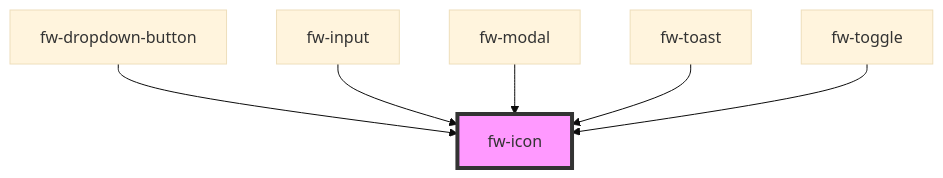
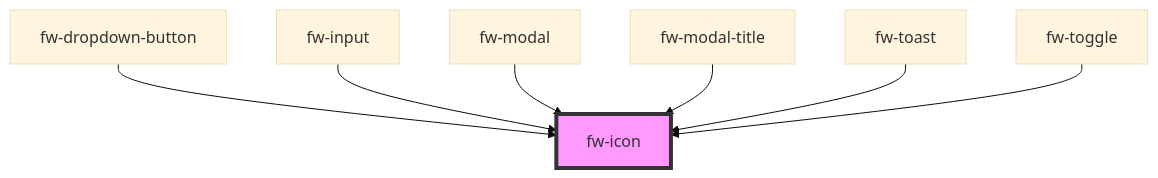
The diagram in packages/crayons-core/src/components/icon/readme.md (freshworks/crayons), drawn with Mermaid (base theme) before and after one commit. The commit also changed other lines of this file and 20 other files, not shown here.

````diff
--- a/packages/crayons-core/src/components/icon/readme.md
+++ b/packages/crayons-core/src/components/icon/readme.md
@@ -45,9 +46,10 @@
 ```mermaid
 graph TD;
   fw-dropdown-button --> fw-icon
   fw-input --> fw-icon
   fw-modal --> fw-icon
+  fw-modal-title --> fw-icon
   fw-toast --> fw-icon
   fw-toggle --> fw-icon
   style fw-icon fill:#f9f,stroke:#333,stroke-width:4px
 ```
````
